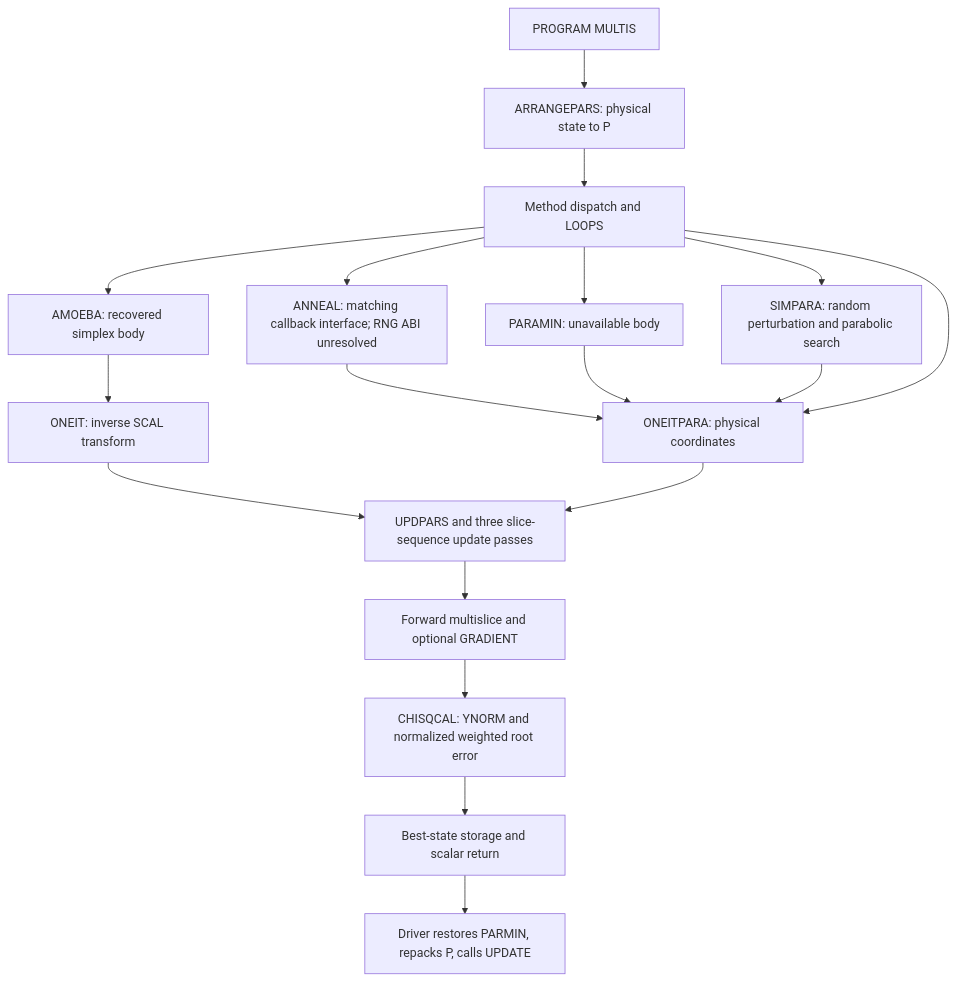
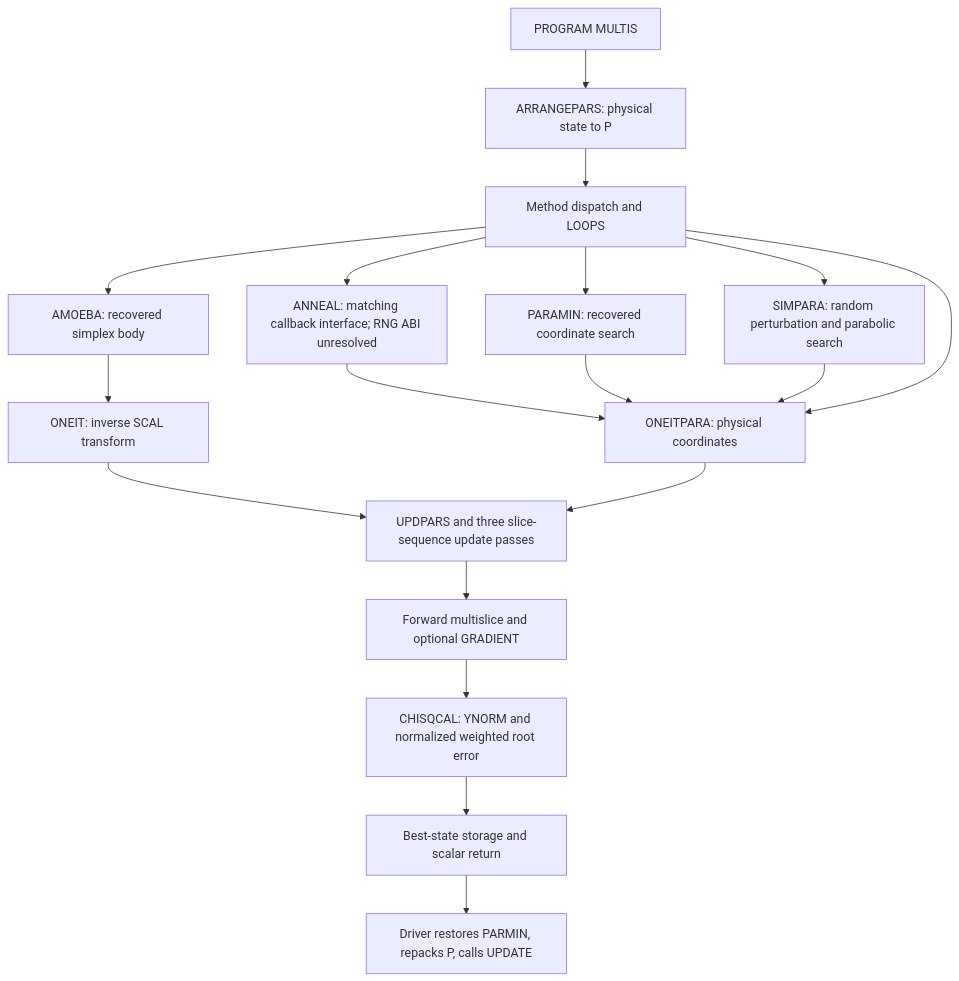
Before and after one commit to dingpengem/QCBED: the diagram in docs/optimizer_architecture.md, drawn with Mermaid. The commit also changed other lines of this file and 5 other files, not shown here.

````diff
--- a/docs/optimizer_architecture.md
+++ b/docs/optimizer_architecture.md
@@ -38,20 +38,20 @@
 ```mermaid
 flowchart TD
     D[PROGRAM MULTIS] --> PACK[ARRANGEPARS: physical state to P]
     PACK --> SELECT[Method dispatch and LOOPS]
     SELECT --> AN[ANNEAL: matching callback interface; RNG ABI unresolved]
     SELECT --> AM[AMOEBA: recovered simplex body]
-    SELECT --> PA[PARAMIN: unavailable body]
+    SELECT --> PA[PARAMIN: recovered coordinate search]
     SELECT --> SP[SIMPARA: random perturbation and parabolic search]
     AM --> O[ONEIT: inverse SCAL transform]
     AN --> OP[ONEITPARA: physical coordinates]
     PA --> OP
     SP --> OP
     SELECT --> OP
     O --> U[UPDPARS and three slice-sequence update passes]
     OP --> U
     U --> F[Forward multislice and optional GRADIENT]
     F --> Q[CHISQCAL: YNORM and normalized weighted root error]
     Q --> B[Best-state storage and scalar return]
     B --> RE[Driver restores PARMIN, repacks P, calls UPDATE]
 ```
````
